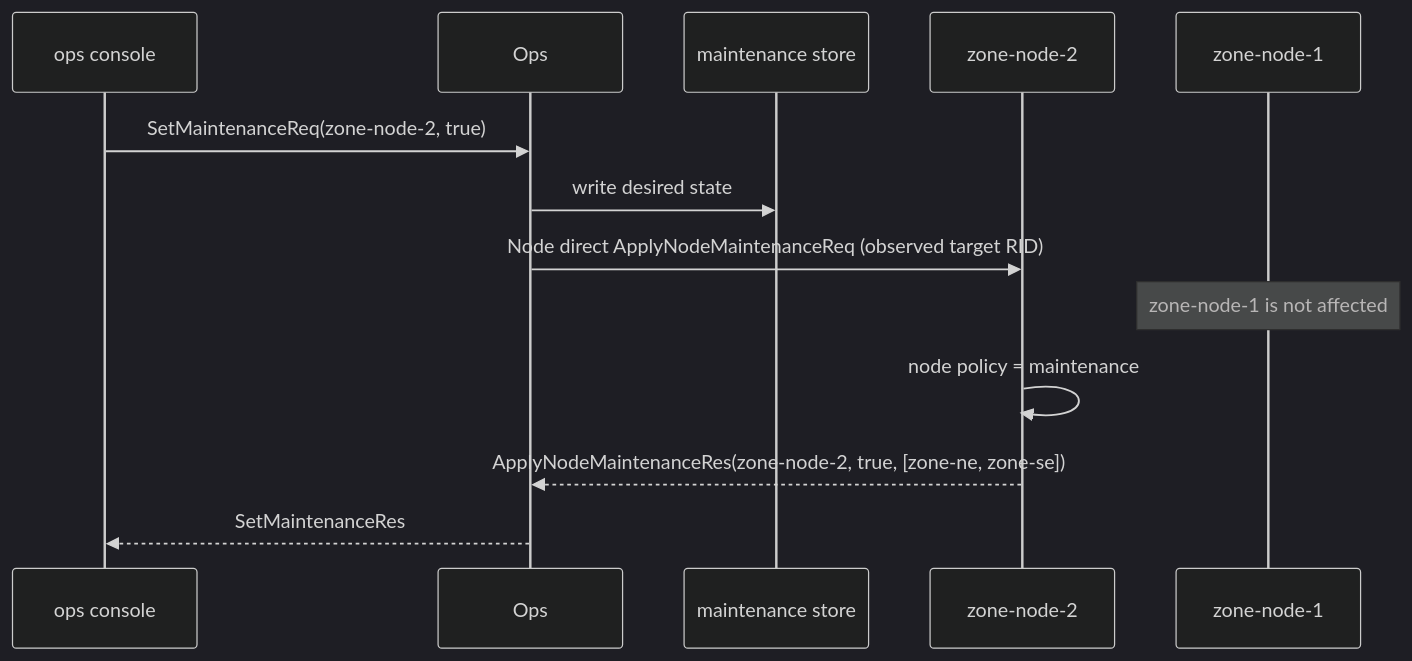
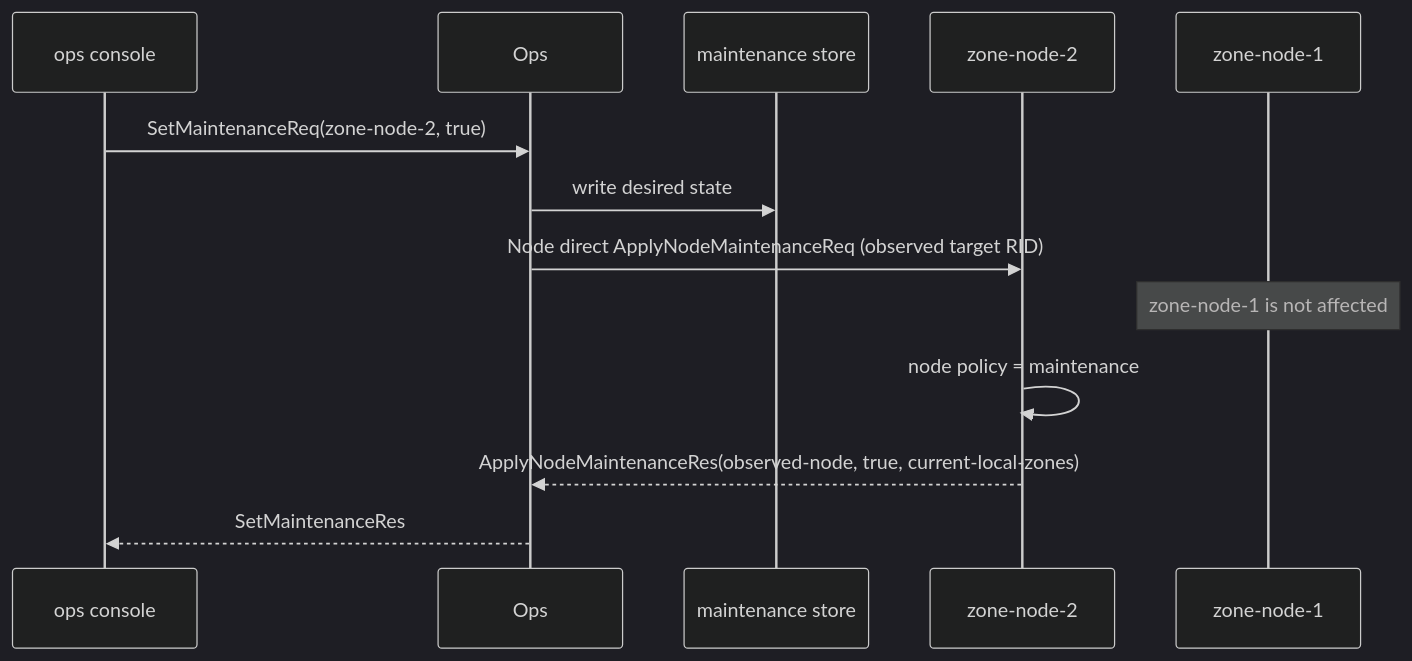
One commit to kairos-code-dev/zlink changed the third of 3 diagrams in framework/doc/framework/common/sample/zoneworld/README.ko.md. Above: the diagram before and after it, drawn with Mermaid (dark theme). The commit also changed other lines of this file and 725 other files, not shown here.

````diff
--- a/framework/doc/framework/common/sample/zoneworld/README.ko.md
+++ b/framework/doc/framework/common/sample/zoneworld/README.ko.md
@@ -773,16 +747,16 @@
 ```mermaid
 sequenceDiagram
     participant C as ops console
     participant O as Ops
     participant S as maintenance store
     participant N2 as zone-node-2
     participant N1 as zone-node-1
 
     C->>O: SetMaintenanceReq(zone-node-2, true)
     O->>S: write desired state
     O->>N2: Node direct ApplyNodeMaintenanceReq (observed target RID)
     Note over N1: zone-node-1 is not affected
     N2->>N2: node policy = maintenance
-    N2-->>O: ApplyNodeMaintenanceRes(zone-node-2, true, [zone-ne, zone-se])
+    N2-->>O: ApplyNodeMaintenanceRes(observed-node, true, current-local-zones)
     O-->>C: SetMaintenanceRes
 ```
````
